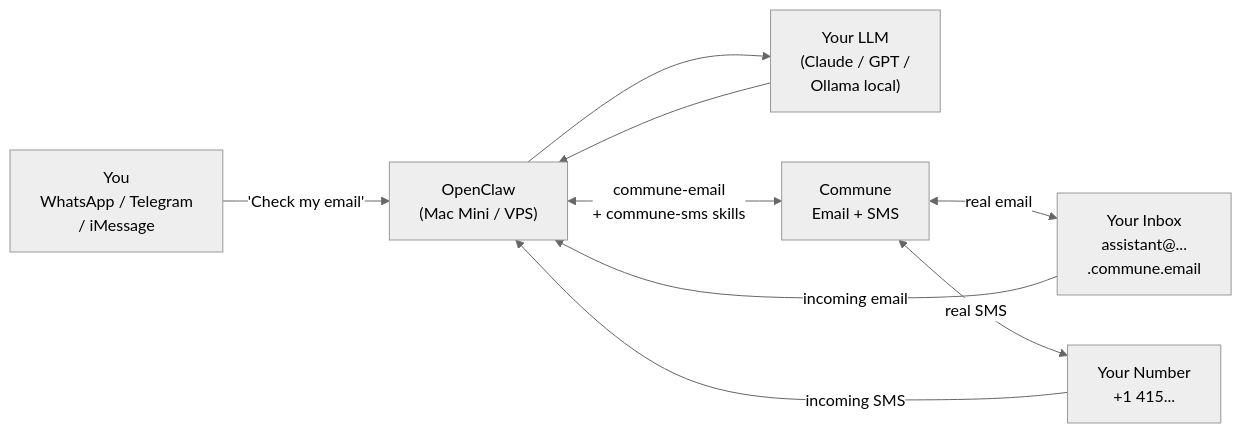
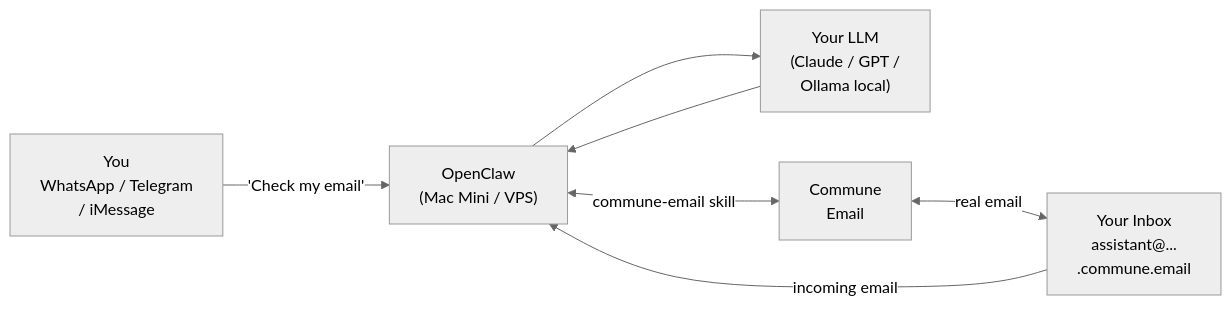
One commit to shanjai-raj/commune-openclaw-email-sms-quickstart changed the diagram in use-cases/personal-assistant/README.md. Above: the diagram before and after it, drawn with Mermaid (neutral theme). The commit also changed other lines of this file and 9 other files, not shown here.

Commit message:
remove SMS and phone number references

````diff
--- a/use-cases/personal-assistant/README.md
+++ b/use-cases/personal-assistant/README.md
@@ -9,11 +9,9 @@
 ```mermaid
 flowchart LR
     You["You\nWhatsApp / Telegram\n/ iMessage"] -->|"'Check my email'"| OC["OpenClaw\n(Mac Mini / VPS)"]
     OC --> LLM["Your LLM\n(Claude / GPT /\nOllama local)"]
     LLM --> OC
-    OC <-->|"commune-email\n+ commune-sms skills"| Commune["Commune\nEmail + SMS"]
+    OC <-->|"commune-email skill"| Commune["Commune\nEmail"]
     Commune <-->|"real email"| Inbox["Your Inbox\nassistant@...\n.commune.email"]
-    Commune <-->|"real SMS"| Phone["Your Number\n+1 415..."]
     Inbox -->|"incoming email"| OC
-    Phone -->|"incoming SMS"| OC
 ```
````
